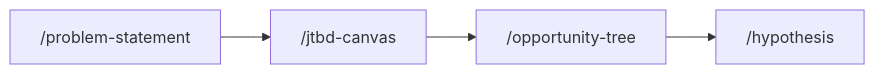
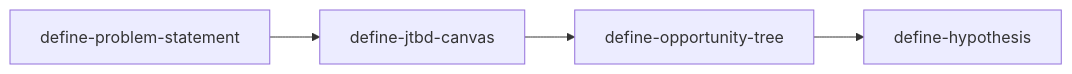
The fifth of 6 diagrams in docs/guides/recipes.md (product-on-purpose/pm-skills), drawn with Mermaid before and after one commit. The commit also changed other lines of this file and 187 other files, not shown here.

````diff
--- a/docs/guides/recipes.md
+++ b/docs/guides/recipes.md
@@ -105,6 +105,6 @@
 ```mermaid
 flowchart LR
-    A["/problem-statement"] --> B["/jtbd-canvas"]
-    B --> C["/opportunity-tree"]
-    C --> D["/hypothesis"]
+    A["define-problem-statement"] --> B["define-jtbd-canvas"]
+    B --> C["define-opportunity-tree"]
+    C --> D["define-hypothesis"]
 ```
````
